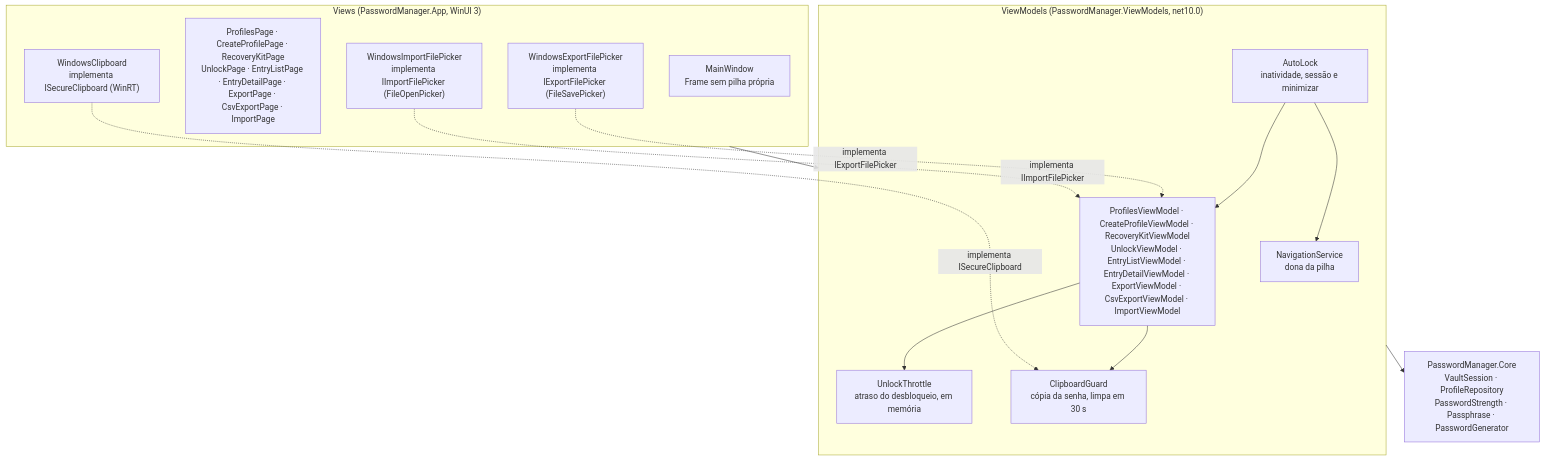
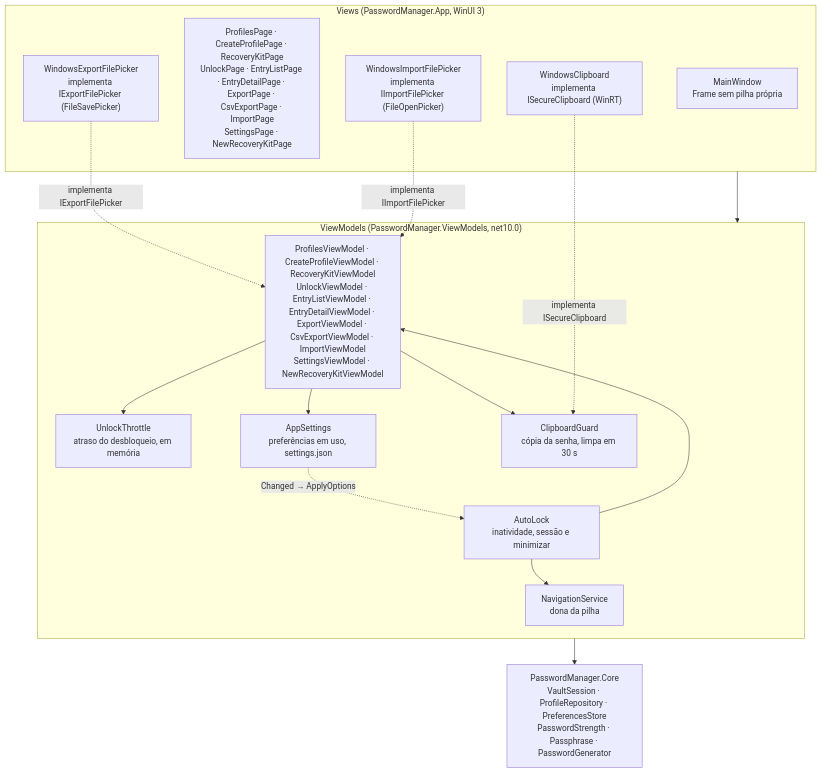
One commit to lucas-llb/passwordManagement changed the sixth of 7 diagrams in docs/architecture.md. Above: the diagram before and after it, drawn with Mermaid. The commit also changed other lines of this file and 60 other files, not shown here.

First line of the commit message:
Add the settings page with credential changes and saved preferences (W-26)

````diff
--- a/docs/architecture.md
+++ b/docs/architecture.md
@@ -427,26 +461,29 @@
 ```mermaid
 flowchart TB
     subgraph Views["Views (PasswordManager.App, WinUI 3)"]
         MW["MainWindow<br/>Frame sem pilha própria"]
-        PG["ProfilesPage · CreateProfilePage · RecoveryKitPage<br/>UnlockPage · EntryListPage · EntryDetailPage · ExportPage · CsvExportPage · ImportPage"]
+        PG["ProfilesPage · CreateProfilePage · RecoveryKitPage<br/>UnlockPage · EntryListPage · EntryDetailPage · ExportPage · CsvExportPage · ImportPage<br/>SettingsPage · NewRecoveryKitPage"]
         CB["WindowsClipboard<br/>implementa ISecureClipboard (WinRT)"]
         FP["WindowsExportFilePicker<br/>implementa IExportFilePicker (FileSavePicker)"]
         FI["WindowsImportFilePicker<br/>implementa IImportFilePicker (FileOpenPicker)"]
     end
     subgraph VMs["ViewModels (PasswordManager.ViewModels, net10.0)"]
         NS["NavigationService<br/>dona da pilha"]
-        VM["ProfilesViewModel · CreateProfileViewModel · RecoveryKitViewModel<br/>UnlockViewModel · EntryListViewModel · EntryDetailViewModel · ExportViewModel · CsvExportViewModel · ImportViewModel"]
+        VM["ProfilesViewModel · CreateProfileViewModel · RecoveryKitViewModel<br/>UnlockViewModel · EntryListViewModel · EntryDetailViewModel · ExportViewModel · CsvExportViewModel · ImportViewModel<br/>SettingsViewModel · NewRecoveryKitViewModel"]
         UT["UnlockThrottle<br/>atraso do desbloqueio, em memória"]
         VM --> UT
+        ST["AppSettings<br/>preferências em uso, settings.json"]
+        VM --> ST
         CG["ClipboardGuard<br/>cópia da senha, limpa em 30 s"]
         VM --> CG
         AL["AutoLock<br/>inatividade, sessão e minimizar"]
         AL --> NS
         AL --> VM
+        ST -. "Changed → ApplyOptions" .-> AL
     end
-    CORE["PasswordManager.Core<br/>VaultSession · ProfileRepository<br/>PasswordStrength · Passphrase · PasswordGenerator"]
+    CORE["PasswordManager.Core<br/>VaultSession · ProfileRepository · PreferencesStore<br/>PasswordStrength · Passphrase · PasswordGenerator"]
     Views --> VMs --> CORE
     CB -.->|"implementa ISecureClipboard"| CG
     FP -.->|"implementa IExportFilePicker"| VM
     FI -.->|"implementa IImportFilePicker"| VM
 ```
````
